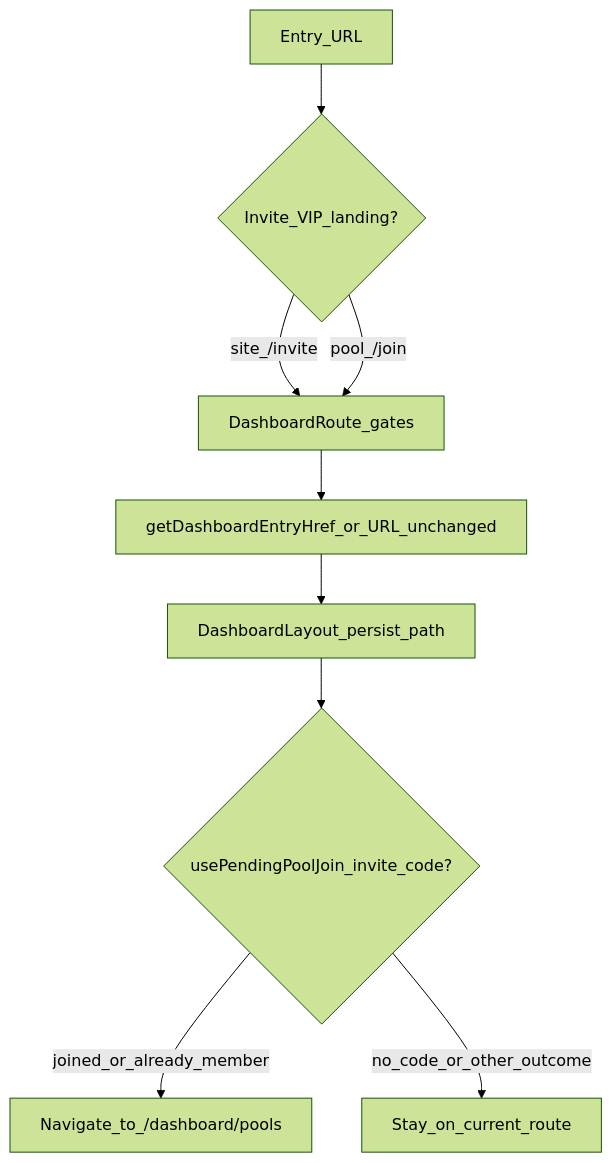
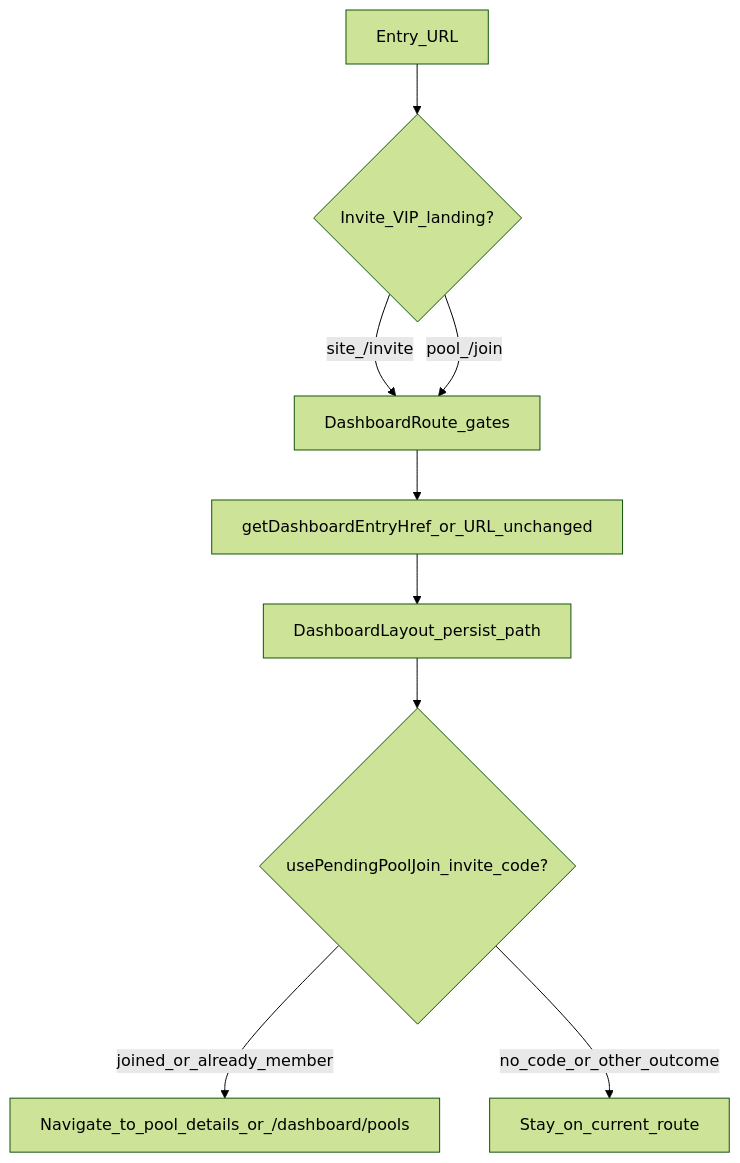
Before and after one commit to pat792/set-picks: the diagram in docs/USER_ROUTING_AND_JOURNEYS.md, drawn with Mermaid (forest theme). The commit also changed other lines of this file and 208 other files, not shown here.

````diff
--- a/docs/USER_ROUTING_AND_JOURNEYS.md
+++ b/docs/USER_ROUTING_AND_JOURNEYS.md
@@ -151,19 +153,19 @@
 ```mermaid
 flowchart TD
   entry[Entry_URL]
   inviteLanding{Invite_VIP_landing?}
   authGates[DashboardRoute_gates]
   restore[getDashboardEntryHref_or_URL_unchanged]
   layout[DashboardLayout_persist_path]
   pendingJoin{usePendingPoolJoin_invite_code?}
-  poolsNav[Navigate_to_/dashboard/pools]
+  poolsNav[Navigate_to_pool_details_or_/dashboard/pools]
 
   entry --> inviteLanding
   inviteLanding -->|site_/invite| authGates
   inviteLanding -->|pool_/join| authGates
   authGates --> restore
   restore --> layout
   layout --> pendingJoin
   pendingJoin -->|joined_or_already_member| poolsNav
   pendingJoin -->|no_code_or_other_outcome| endStay[Stay_on_current_route]
 ```
````
